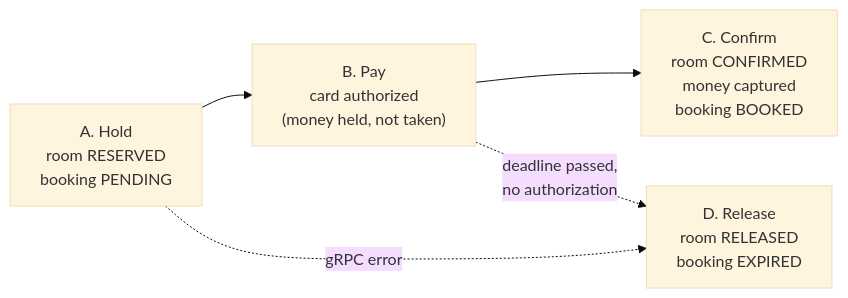
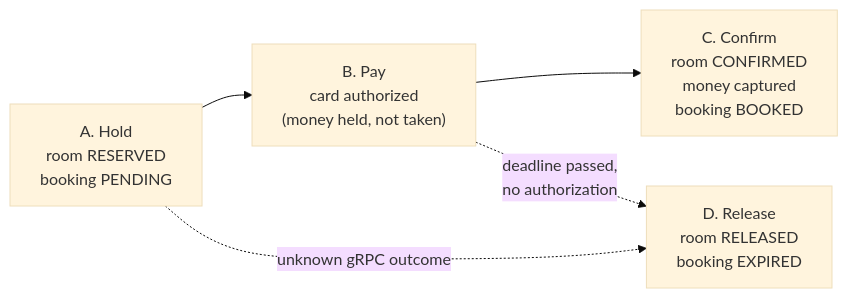
One commit to TranQuangPhong/hotel-booking-hexagon changed the second of 2 diagrams in doc/uc1-create-booking/README.md. Above: the diagram before and after it, drawn with Mermaid (base theme). The commit also changed other lines of this file and 9 other files, not shown here.

````diff
--- a/doc/uc1-create-booking/README.md
+++ b/doc/uc1-create-booking/README.md
@@ -62,7 +62,7 @@
 ```mermaid
 flowchart LR
     A["A. Hold<br/>room RESERVED<br/>booking PENDING"] --> B["B. Pay<br/>card authorized<br/>(money held, not taken)"]
     B --> C["C. Confirm<br/>room CONFIRMED<br/>money captured<br/>booking BOOKED"]
     B -. "deadline passed,<br/>no authorization" .-> D["D. Release<br/>room RELEASED<br/>booking EXPIRED"]
-    A -. "gRPC error" .-> D
+    A -. "unknown gRPC outcome" .-> D
 ```
````
